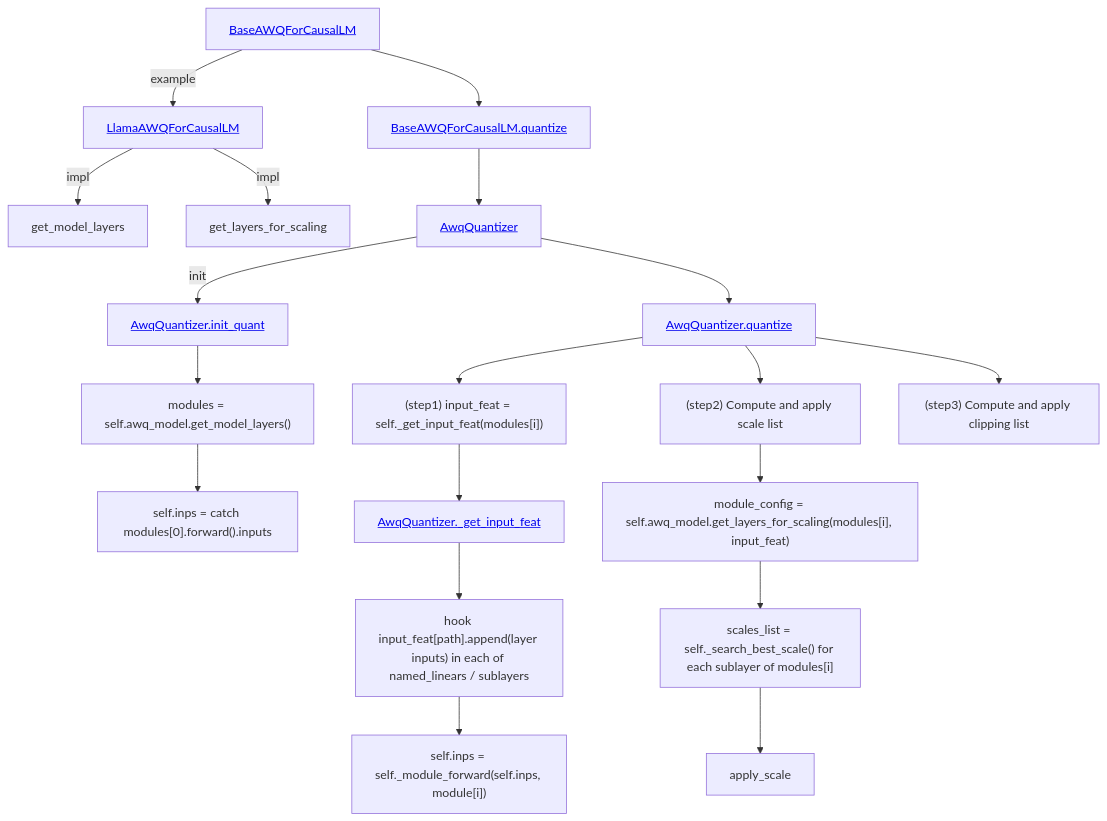
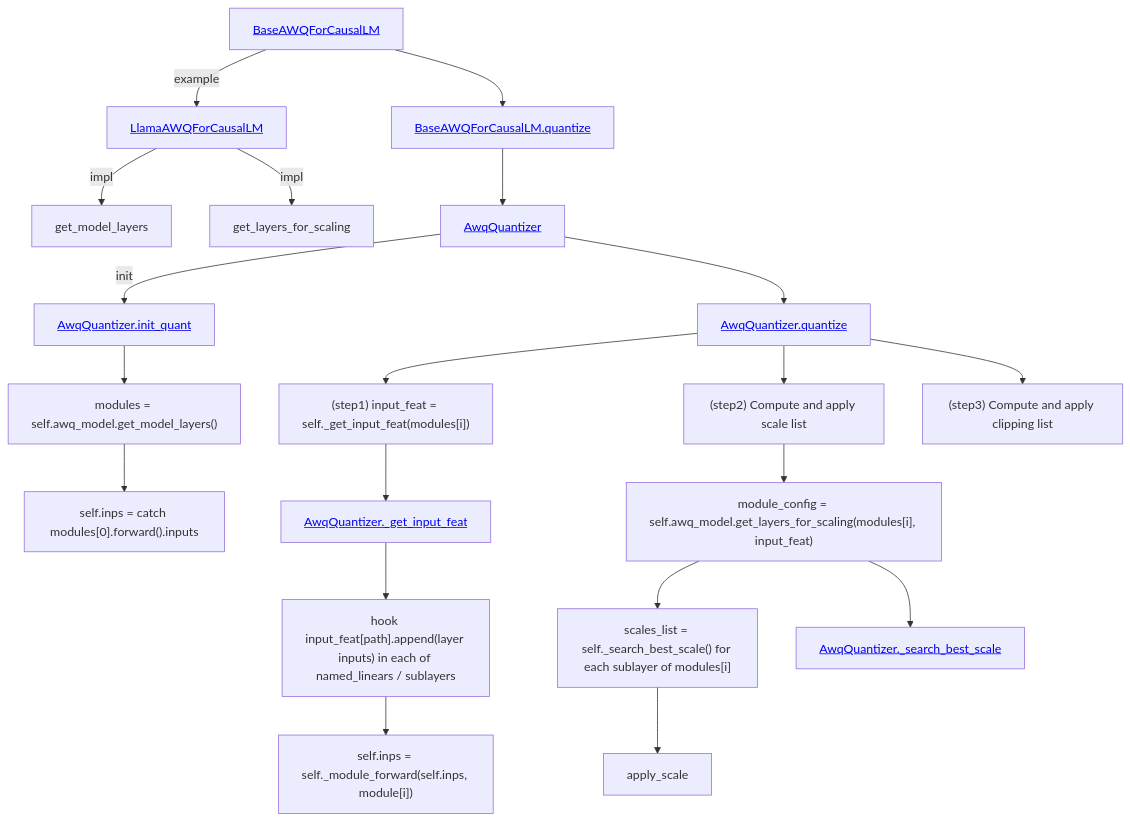
Before and after one commit to w32zhong/AutoAWQ: the diagram in README.md, drawn with Mermaid.

````diff
--- a/README.md
+++ b/README.md
@@ -2,34 +2,37 @@
 ```mermaid
 graph TD;
     BaseAWQForCausalLM[<a href="https://github.com/w32zhong/AutoAWQ/blob/1c5787f5c44acc2753c0e30e4b59412343cb4a71/awq/models/base.py#L89">BaseAWQForCausalLM</a>]
     LlamaAWQForCausalLM[<a href="https://github.com/w32zhong/AutoAWQ/blob/1c5787f5c44acc2753c0e30e4b59412343cb4a71/awq/models/llama.py#L14">LlamaAWQForCausalLM</a>]
     BaseAWQForCausalLM -->|example| LlamaAWQForCausalLM
     LlamaAWQForCausalLM -->|impl| get_model_layers
     LlamaAWQForCausalLM -->|impl| get_layers_for_scaling
 
     BaseAWQForCausalLM_quantize[<a href="https://github.com/w32zhong/AutoAWQ/blob/1c5787f5c44acc2753c0e30e4b59412343cb4a71/awq/models/base.py#L129">BaseAWQForCausalLM.quantize</a>]
     BaseAWQForCausalLM --> BaseAWQForCausalLM_quantize --> AwqQuantizer
     AwqQuantizer[<a href="https://github.com/w32zhong/AutoAWQ/blob/1c5787f5c44acc2753c0e30e4b59412343cb4a71/awq/quantize/quantizer.py#L27">AwqQuantizer</a>]
     AwqQuantizer -->|init| AwqQuantizer.init_quant
     AwqQuantizer.init_quant[<a href="https://github.com/w32zhong/AutoAWQ/blob/1c5787f5c44acc2753c0e30e4b59412343cb4a71/awq/quantize/quantizer.py#L544">AwqQuantizer.init_quant</a>]
     AwqQuantizer.init_quant --> get_model_layers__call --> first_inp
     get_model_layers__call["modules = self.awq_model.get_model_layers()"]
     first_inp["self.inps = catch modules[0].forward().inputs"]
 
     AwqQuantizer --> AwqQuantizer.quantize
     AwqQuantizer.quantize[<a href="https://github.com/w32zhong/AutoAWQ/blob/1c5787f5c44acc2753c0e30e4b59412343cb4a71/awq/quantize/quantizer.py#L126">AwqQuantizer.quantize</a>]
     AwqQuantizer.quantize --> _get_input_feat__call --> _get_input_feat --> hook_sublayers --> _module_forward 
     _get_input_feat__call["(step1) input_feat = self._get_input_feat(modules[i])"]
     _get_input_feat[<a href="https://github.com/w32zhong/AutoAWQ/blob/1c5787f5c44acc2753c0e30e4b59412343cb4a71/awq/quantize/quantizer.py#L609">AwqQuantizer._get_input_feat</a>]
     hook_sublayers["hook input_feat[path].append(layer inputs) in each of named_linears / sublayers"]
     _module_forward["self.inps = self._module_forward(self.inps, module[i])"]
 
     AwqQuantizer.quantize --> step2
     AwqQuantizer.quantize --> step3
     step2["(step2) Compute and apply scale list"]
     step3["(step3) Compute and apply clipping list"]
 
     step2 --> get_layers_for_scaling_call --> _search_best_scale_call --> apply_scale
     get_layers_for_scaling_call["module_config = self.awq_model.get_layers_for_scaling(modules[i], input_feat)"]
     _search_best_scale_call["scales_list = self._search_best_scale() for each sublayer of modules[i]"]
+
+    _search_best_scale[<a href="https://github.com/w32zhong/AutoAWQ/blob/1c5787f5c44acc2753c0e30e4b59412343cb4a71/awq/quantize/quantizer.py#L275">AwqQuantizer._search_best_scale</a>]
+    get_layers_for_scaling_call --> _search_best_scale
 ```
````
